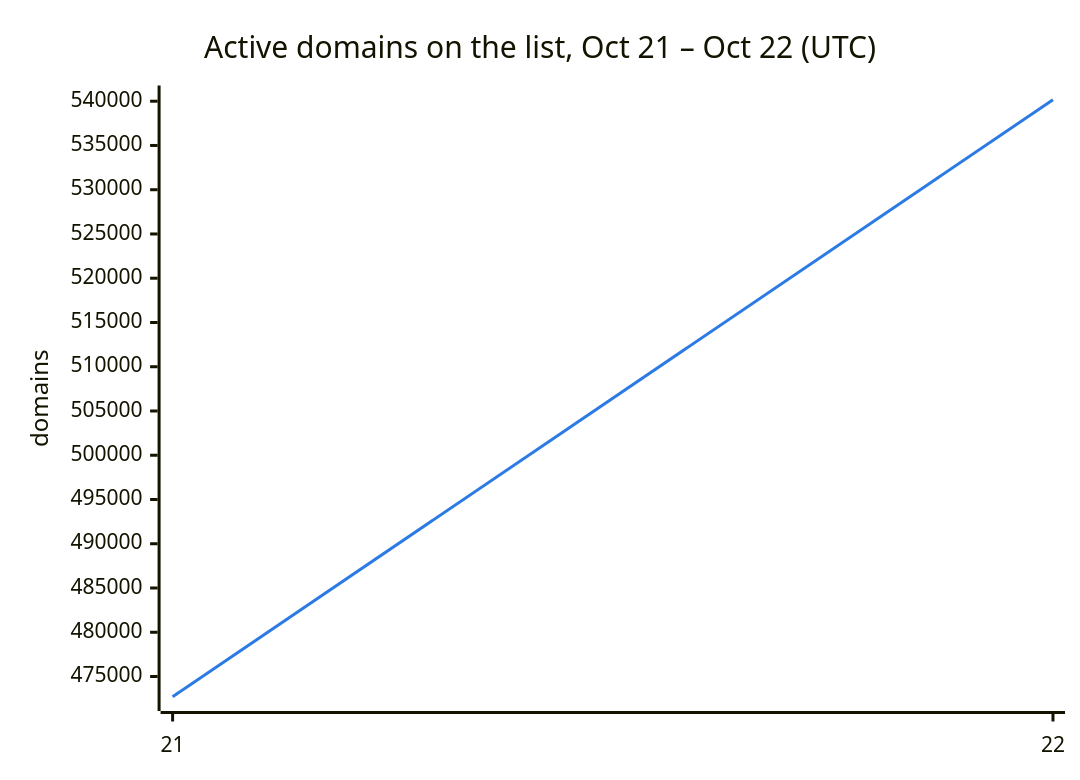
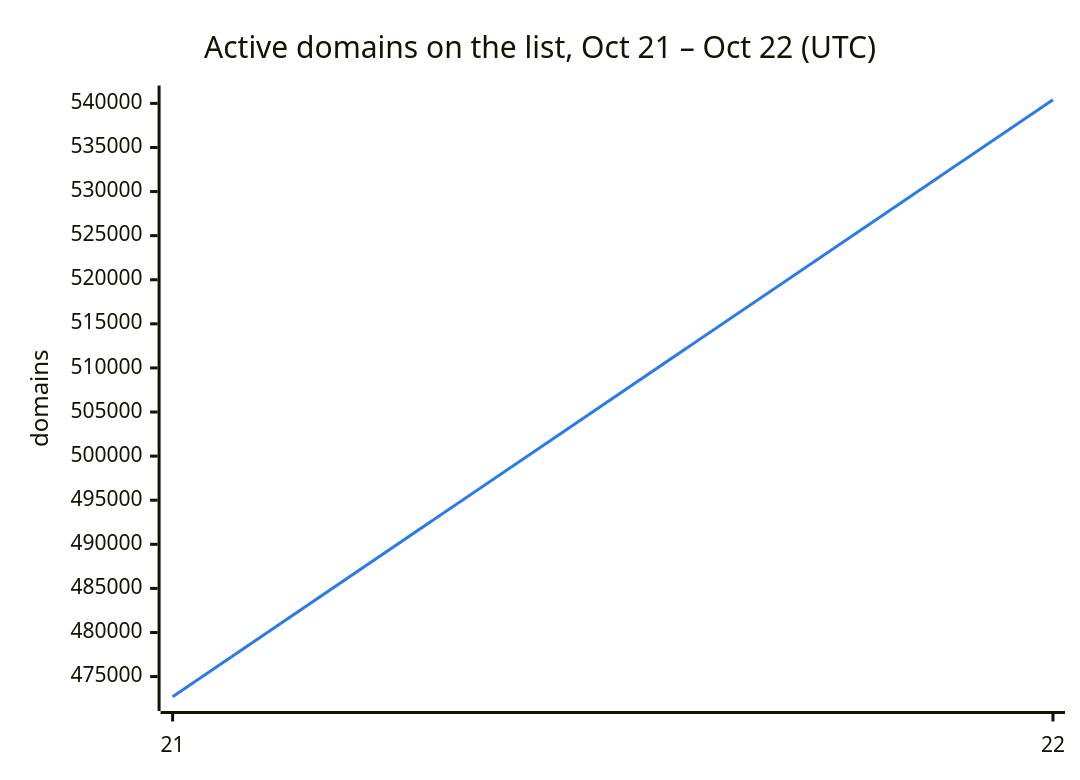
One commit to DNSBunker/CTI changed the second of 3 diagrams in README.md. Above: the diagram before and after it, drawn with Mermaid. The commit also changed other lines of this file and 3 other files, not shown here.

````diff
--- a/README.md
+++ b/README.md
@@ -38,8 +38,8 @@
 ```mermaid
 %%{init: {"themeVariables": {"xyChart": {"plotColorPalette": "#2c7be5"}}}}%%
 xychart-beta
     title "Active domains on the list, Oct 21 – Oct 22 (UTC)"
     x-axis ["21", "22"]
     y-axis "domains"
-    line [472713, 540165]
+    line [472713, 540412]
 ```
````
